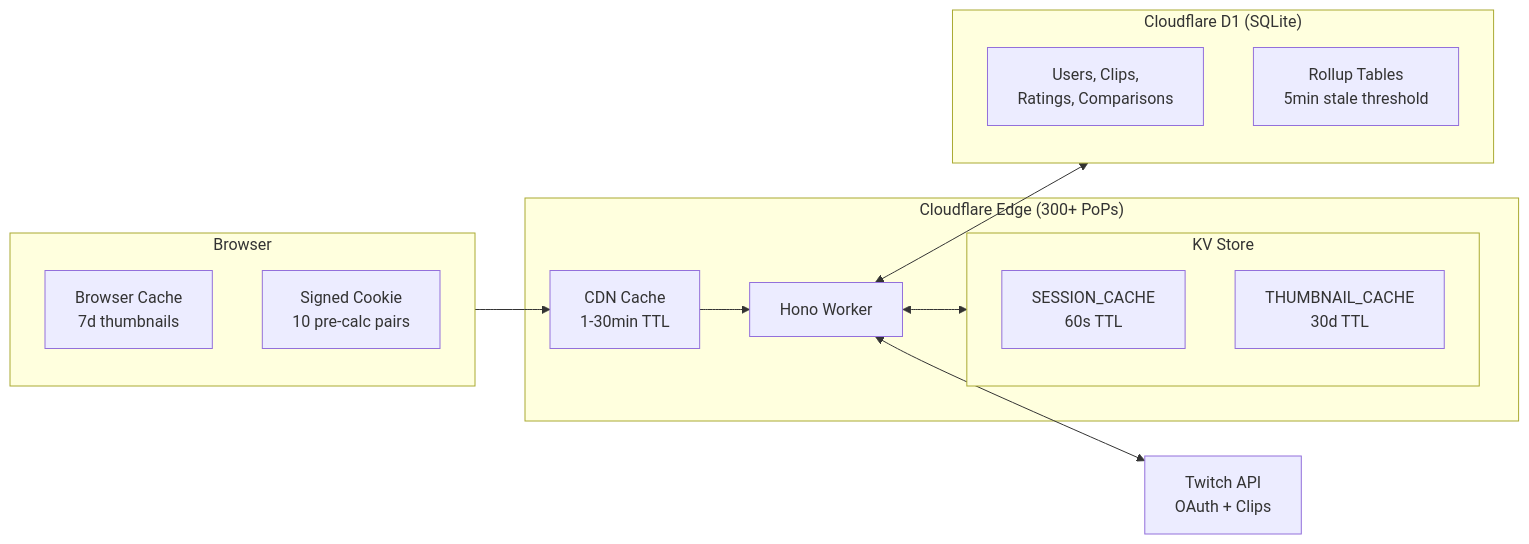
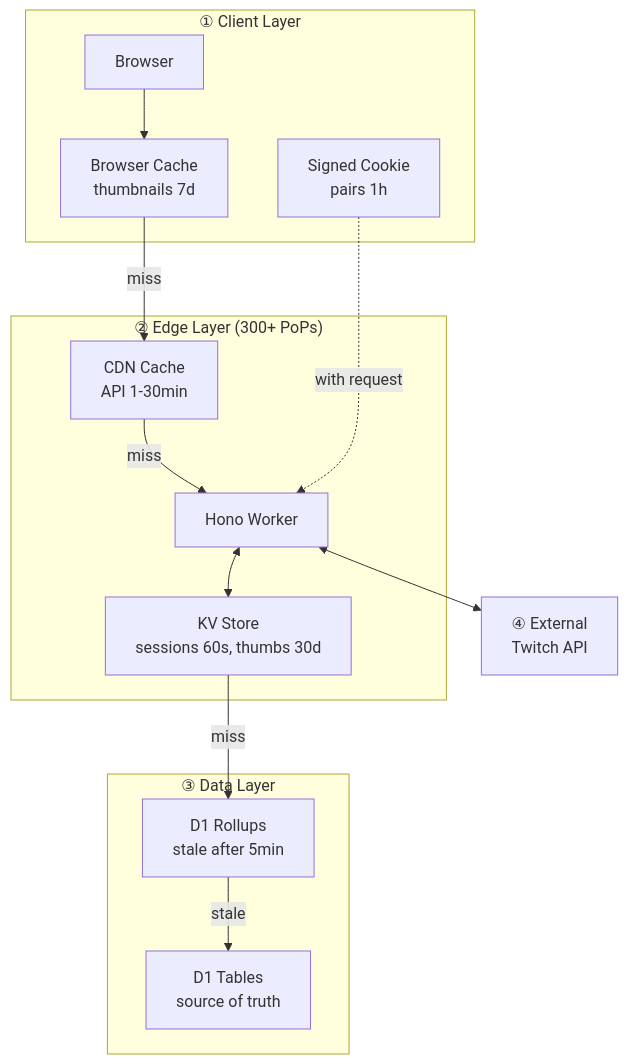
One commit to DigiBugCat/flipper-clippers changed the diagram in README.md. Above: the diagram before and after it, drawn with Mermaid.

Commit message:
Redesign architecture diagram for request flow + cache hierarchy
- Switch to top-down flow showing cache layers in order
- Number layers: ① Client → ② Edge → ③ Data → ④ External
- Show cache miss cascade: Browser → CDN → KV → Rollups → Tables
- Cookie shown as dotted line (sent with request, not cached)
- Clearer representation of when each cache is checked

🤖 Generated with [Claude Code](https://claude.com/claude-code)

````diff
--- a/README.md
+++ b/README.md
@@ -20,28 +20,30 @@
 ```mermaid
-flowchart LR
-    subgraph Client["Browser"]
-        BC["Browser Cache<br/>7d thumbnails"]
-        Cookie["Signed Cookie<br/>10 pre-calc pairs"]
+flowchart TD
+    subgraph Client["① Client Layer"]
+        Browser["Browser"]
+        BCache["Browser Cache<br/>thumbnails 7d"]
+        Cookie["Signed Cookie<br/>pairs 1h"]
     end
 
-    subgraph Edge["Cloudflare Edge (300+ PoPs)"]
-        CDN["CDN Cache<br/>1-30min TTL"]
+    subgraph Edge["② Edge Layer (300+ PoPs)"]
+        CDN["CDN Cache<br/>API 1-30min"]
         Worker["Hono Worker"]
-        subgraph KV["KV Store"]
-            Sessions["SESSION_CACHE<br/>60s TTL"]
-            Thumbs["THUMBNAIL_CACHE<br/>30d TTL"]
-        end
+        KV["KV Store<br/>sessions 60s, thumbs 30d"]
     end
 
-    subgraph D1["Cloudflare D1 (SQLite)"]
-        Tables["Users, Clips,<br/>Ratings, Comparisons"]
-        Rollups["Rollup Tables<br/>5min stale threshold"]
+    subgraph Data["③ Data Layer"]
+        Rollups["D1 Rollups<br/>stale after 5min"]
+        Tables["D1 Tables<br/>source of truth"]
     end
 
-    Twitch["Twitch API<br/>OAuth + Clips"]
+    Twitch["④ External<br/>Twitch API"]
 
-    Client --> CDN --> Worker
+    Browser --> BCache
+    BCache -->|miss| CDN
+    CDN -->|miss| Worker
+    Cookie -.->|with request| Worker
     Worker <--> KV
-    Worker <--> D1
+    KV -->|miss| Rollups
+    Rollups -->|stale| Tables
     Worker <--> Twitch
 ```
````
